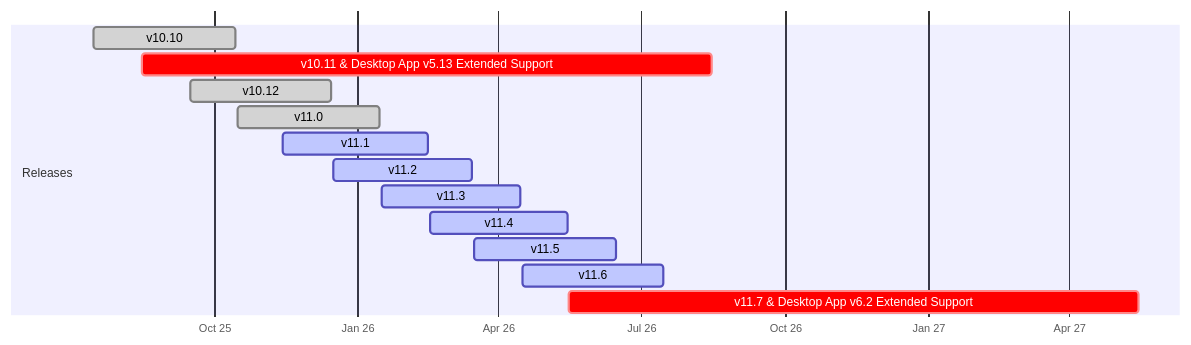
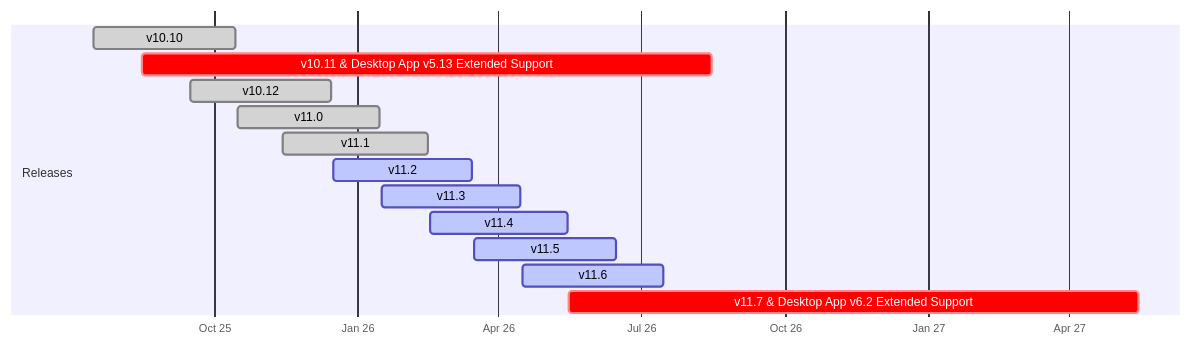
Before and after one commit to mattermost/docs: the diagram in source/product-overview/release-policy.md, drawn with Mermaid. The commit also changed 24 other files, not shown here.

````diff
--- a/source/product-overview/release-policy.md
+++ b/source/product-overview/release-policy.md
@@ -44,19 +44,19 @@
 ```{mermaid}
 
 gantt
     dateFormat  YYYY-MM-DD
     axisFormat  %b %y
 
     section Releases
     v10.10                 :done, 2025-07-16, 2025-10-15
     v10.11 & Desktop App v5.13 Extended Support :crit,    2025-08-16, 2026-08-15
     v10.12                 :done, 2025-09-16, 2025-12-15
     v11.0                  :done, 2025-10-16, 2026-01-15
-    v11.1                  :active, 2025-11-14, 2026-02-15
+    v11.1                  :done, 2025-11-14, 2026-02-15
     v11.2                  :active, 2025-12-16, 2026-03-15
     v11.3                  :active, 2026-01-16, 2026-04-15
     v11.4                  :active, 2026-02-16, 2026-05-15
     v11.5                  :active, 2026-03-16, 2026-06-15
     v11.6                  :active, 2026-04-16, 2026-07-15
     v11.7 & Desktop App v6.2 Extended Support :crit,    2026-05-16, 2027-05-15
 ```
````
